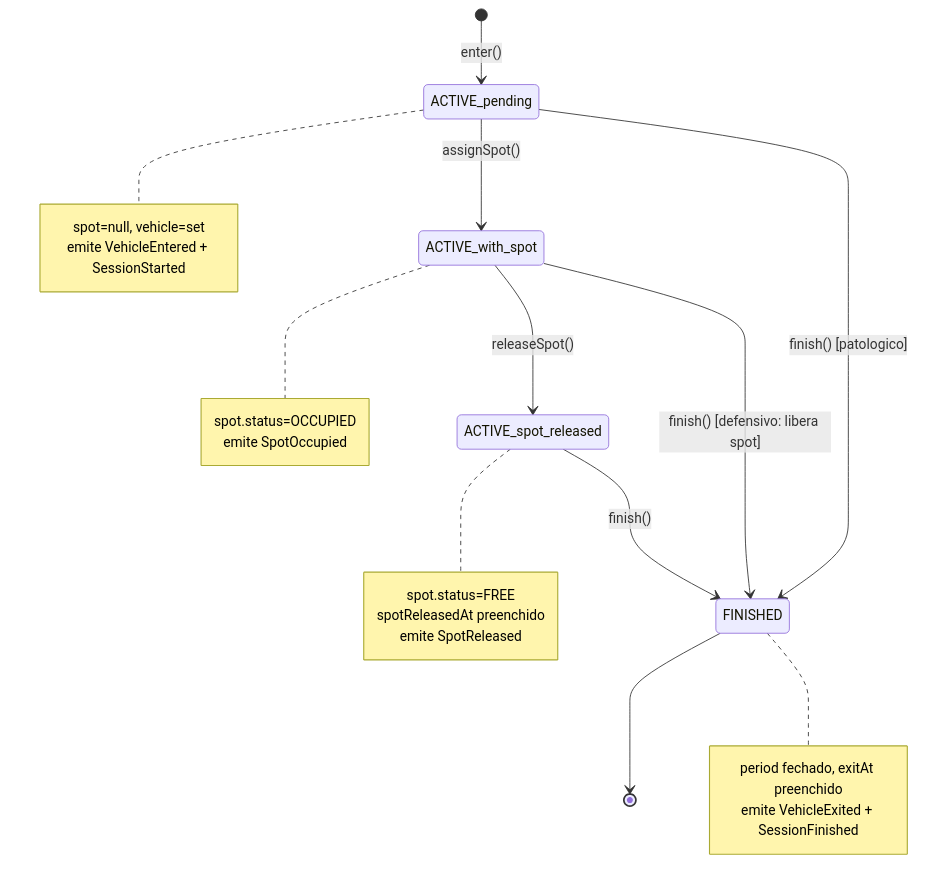
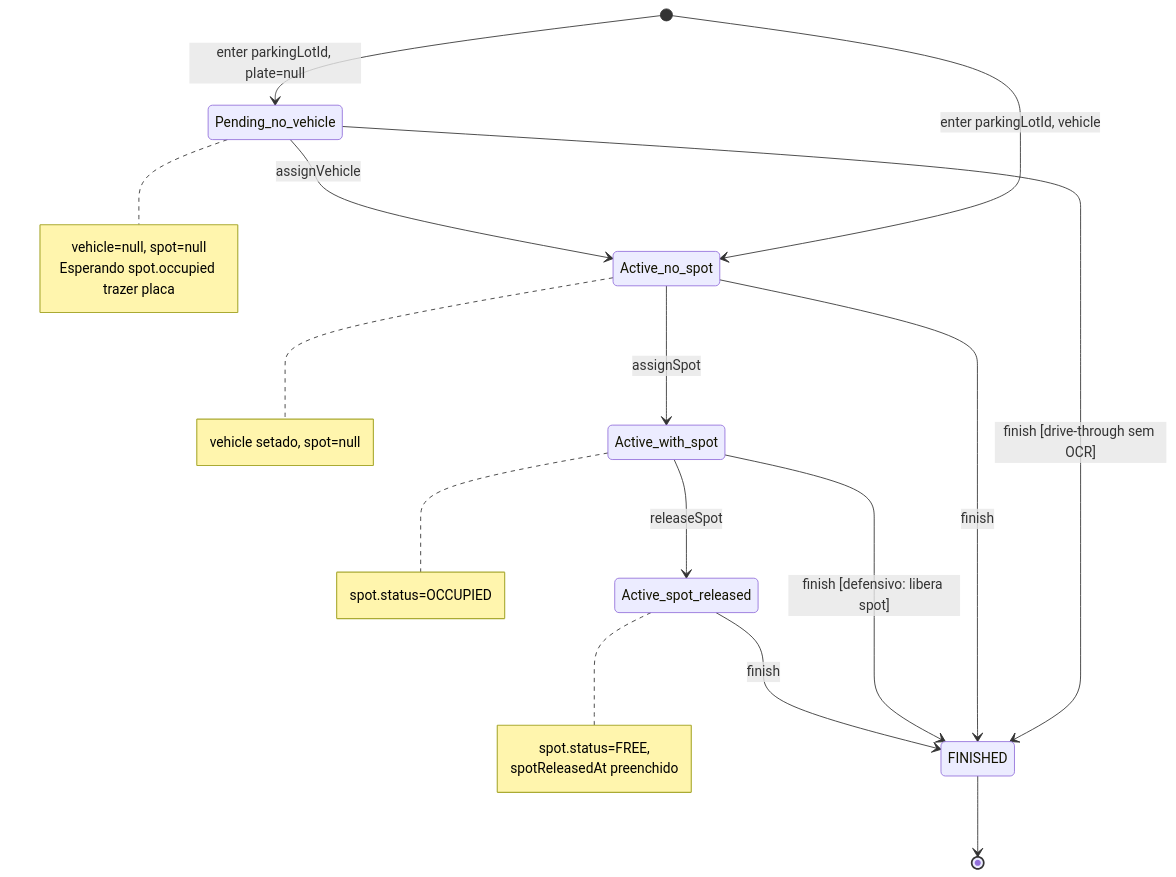
Before and after one commit to luigimenezes13/parking: the fourth of 9 diagrams in docs/sprint-5-events-flow.md, drawn with Mermaid. The commit also changed other lines of this file and 30 other files, not shown here.

Commit message:
feat: enhance parking session management by implementing pending vehicle handling, updating session creation logic, and refining event emission for vehicle entry and exit

````diff
--- a/docs/sprint-5-events-flow.md
+++ b/docs/sprint-5-events-flow.md
@@ -182,28 +192,28 @@
 ```mermaid
 stateDiagram-v2
-    [*] --> ACTIVE_pending: enter()
-    ACTIVE_pending --> ACTIVE_with_spot: assignSpot()
-    ACTIVE_with_spot --> ACTIVE_spot_released: releaseSpot()
-    ACTIVE_pending --> FINISHED: finish() [patologico]
-    ACTIVE_with_spot --> FINISHED: finish() [defensivo: libera spot]
-    ACTIVE_spot_released --> FINISHED: finish()
+    [*] --> Pending_no_vehicle: enter parkingLotId, plate=null
+    [*] --> Active_no_spot: enter parkingLotId, vehicle
+    Pending_no_vehicle --> Active_no_spot: assignVehicle
+    Active_no_spot --> Active_with_spot: assignSpot
+    Active_with_spot --> Active_spot_released: releaseSpot
+    Pending_no_vehicle --> FINISHED: finish [drive-through sem OCR]
+    Active_no_spot --> FINISHED: finish
+    Active_with_spot --> FINISHED: finish [defensivo: libera spot]
+    Active_spot_released --> FINISHED: finish
     FINISHED --> [*]
 
-    note right of ACTIVE_pending
-        spot=null, vehicle=set
-        emite VehicleEntered + SessionStarted
+    note right of Pending_no_vehicle
+        vehicle=null, spot=null
+        Esperando spot.occupied trazer placa
     end note
-    note right of ACTIVE_with_spot
+    note right of Active_no_spot
+        vehicle setado, spot=null
+    end note
+    note right of Active_with_spot
         spot.status=OCCUPIED
-        emite SpotOccupied
     end note
-    note right of ACTIVE_spot_released
-        spot.status=FREE
+    note right of Active_spot_released
+        spot.status=FREE,
         spotReleasedAt preenchido
-        emite SpotReleased
-    end note
-    note right of FINISHED
-        period fechado, exitAt preenchido
-        emite VehicleExited + SessionFinished
     end note
 ```
````
